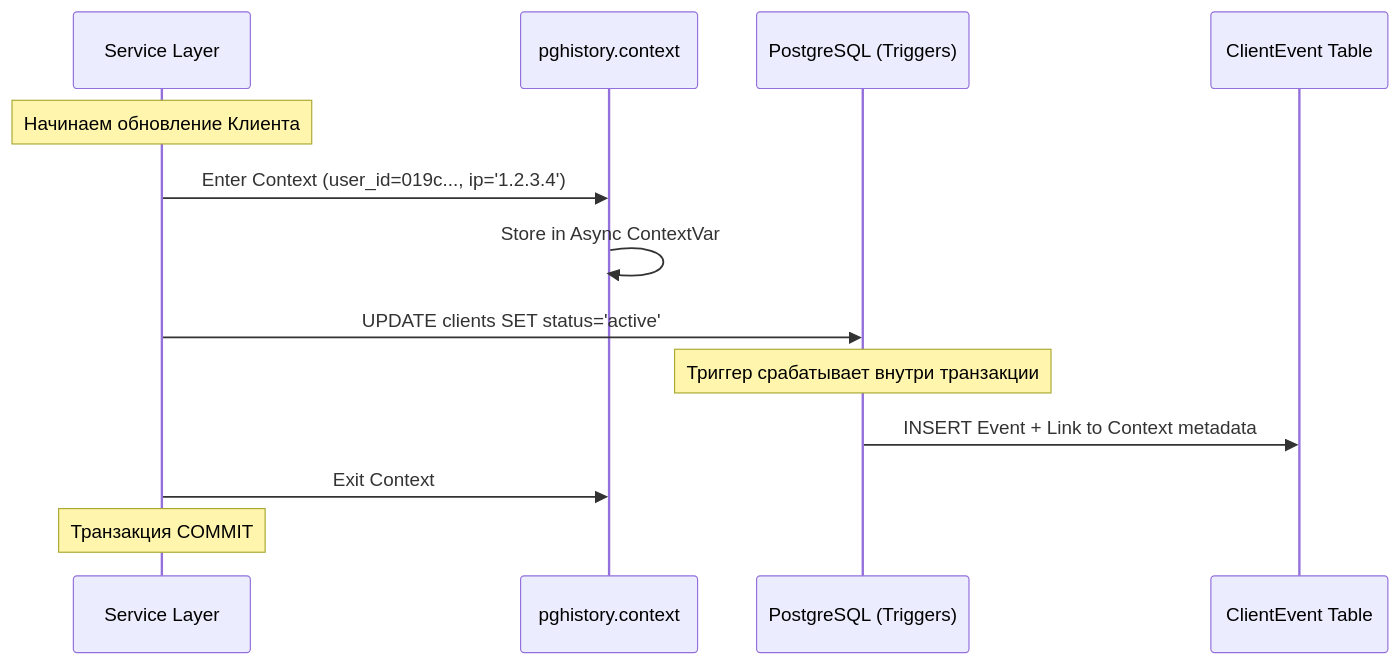
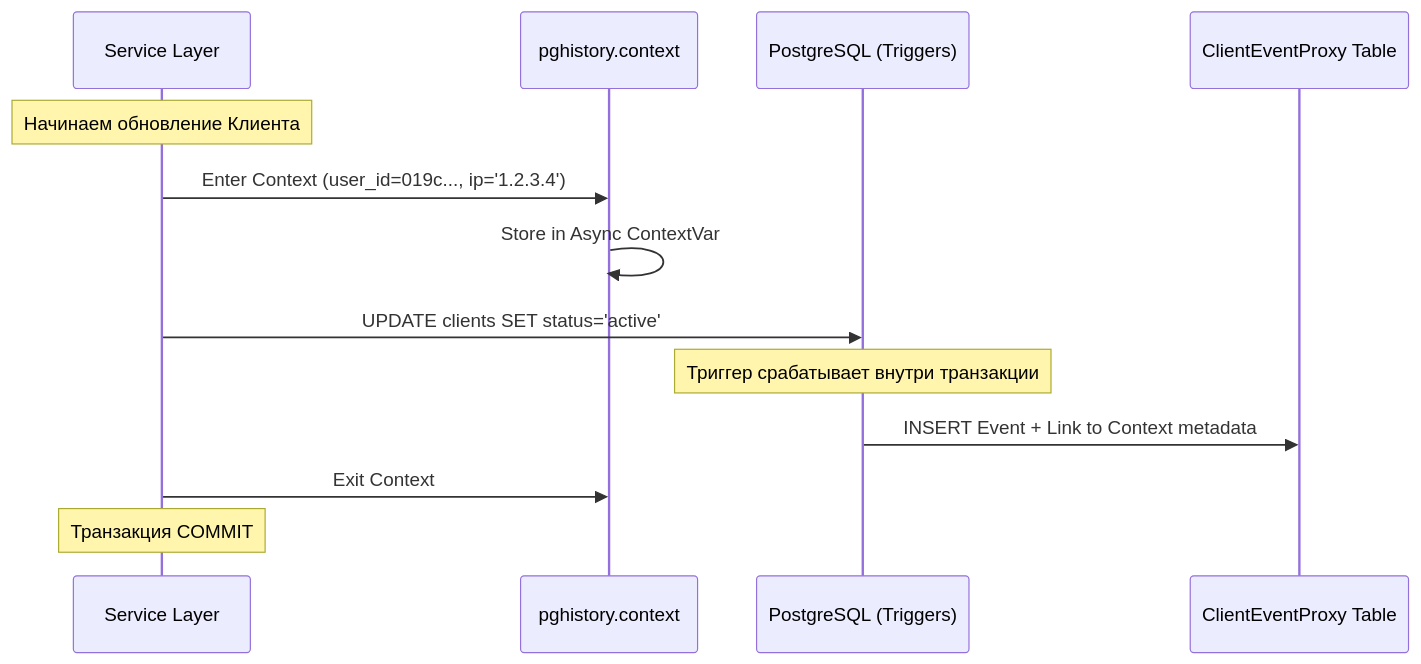
One commit to Nicksok2413/Kronon changed the third of 4 diagrams in README.md. Above: the diagram before and after it, drawn with Mermaid. The commit also changed other lines of this file and 7 other files, not shown here.

````diff
--- a/README.md
+++ b/README.md
@@ -129,19 +129,19 @@
 ```mermaid
 sequenceDiagram
     participant S as Service Layer
     participant C as pghistory.context
     participant DB as PostgreSQL (Triggers)
-    participant Log as ClientEvent Table
+    participant Log as ClientEventProxy Table
 
     Note over S: Начинаем обновление Клиента
     S->>C: Enter Context (user_id=019c..., ip='1.2.3.4')
     C->>C: Store in Async ContextVar
 
     S->>DB: UPDATE clients SET status='active'
 
     Note over DB: Триггер срабатывает внутри транзакции
     DB->>Log: INSERT Event + Link to Context metadata
 
     S->>C: Exit Context
     Note over S: Транзакция COMMIT
 ```
````
